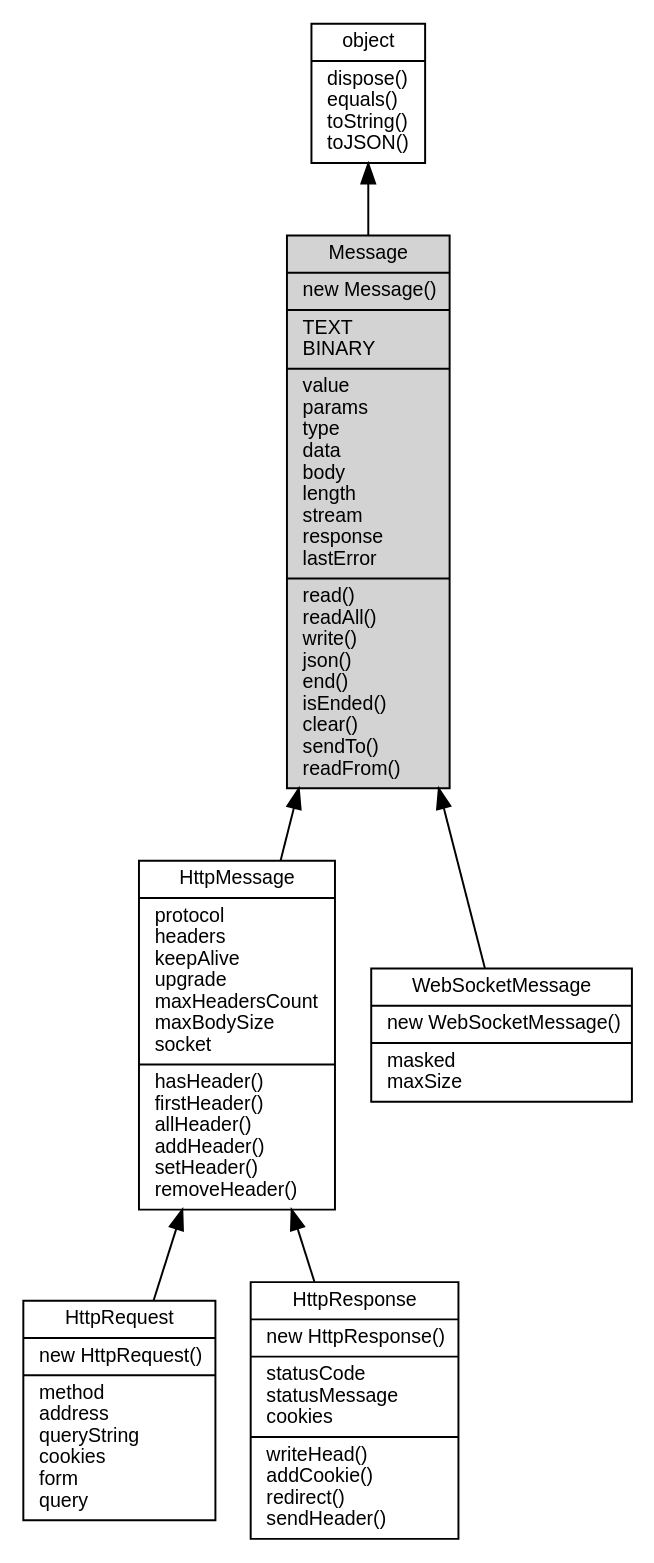
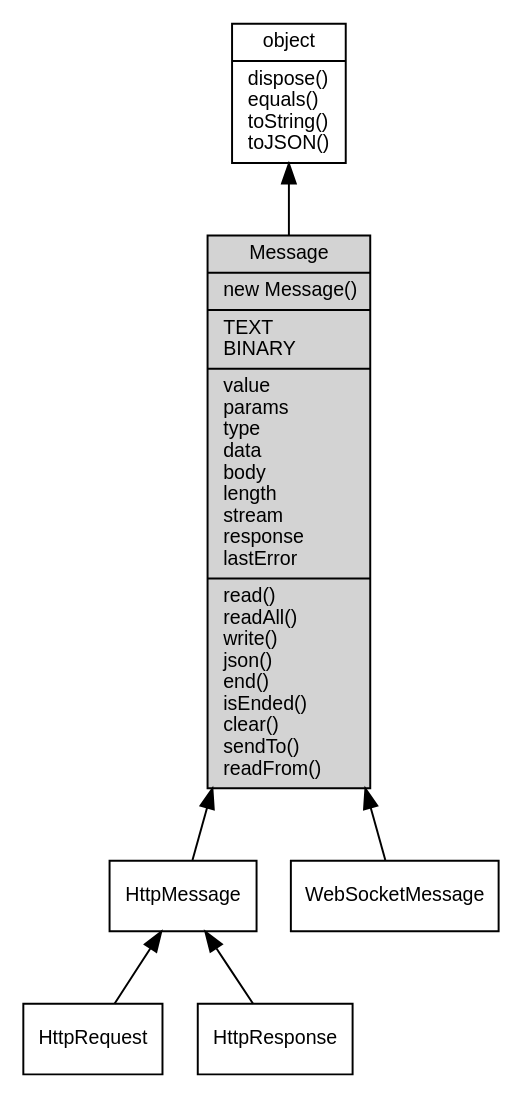
The diagram in docs/manual/object/ifs/Message.md (fibjs/fibjs.org), drawn with Graphviz before and after one commit. The commit also changed 289 other files, not shown here.

````diff
--- a/docs/manual/object/ifs/Message.md
+++ b/docs/manual/object/ifs/Message.md
@@ -12,18 +12,18 @@
 ```dot
 digraph {
     node [fontname="Helvetica,sans-Serif", fontsize=10, shape="record", style="filled", fillcolor="white"];
 
     object [tooltip="object", URL="object.md", label="{object|dispose()\lequals()\ltoString()\ltoJSON()\l}"];
-    Message [tooltip="Message", fillcolor="lightgray", label="{Message|new Message()\l|TEXT\lBINARY\l|value\lparams\ltype\ldata\lbody\llength\lstream\lresponse\llastError\l|read()\lreadAll()\lwrite()\ljson()\lend()\lisEnded()\lclear()\lsendTo()\lreadFrom()\l}"];
-    HttpMessage [tooltip="HttpMessage", URL="HttpMessage.md", label="{HttpMessage|protocol\lheaders\lkeepAlive\lupgrade\lmaxHeadersCount\lmaxBodySize\lsocket\l|hasHeader()\lfirstHeader()\lallHeader()\laddHeader()\lsetHeader()\lremoveHeader()\l}"];
-    HttpRequest [tooltip="HttpRequest", URL="HttpRequest.md", label="{HttpRequest|new HttpRequest()\l|method\laddress\lqueryString\lcookies\lform\lquery\l}"];
-    HttpResponse [tooltip="HttpResponse", URL="HttpResponse.md", label="{HttpResponse|new HttpResponse()\l|statusCode\lstatusMessage\lcookies\l|writeHead()\laddCookie()\lredirect()\lsendHeader()\l}"];
-    WebSocketMessage [tooltip="WebSocketMessage", URL="WebSocketMessage.md", label="{WebSocketMessage|new WebSocketMessage()\l|masked\lmaxSize\l}"];
+    Message [tooltip="Message", fillcolor="lightgray", id="me", label="{Message|new Message()\l|TEXT\lBINARY\l|value\lparams\ltype\ldata\lbody\llength\lstream\lresponse\llastError\l|read()\lreadAll()\lwrite()\ljson()\lend()\lisEnded()\lclear()\lsendTo()\lreadFrom()\l}"];
+    HttpMessage [tooltip="HttpMessage", URL="HttpMessage.md", label="{HttpMessage}"];
+    HttpRequest [tooltip="HttpRequest", URL="HttpRequest.md", label="{HttpRequest}"];
+    HttpResponse [tooltip="HttpResponse", URL="HttpResponse.md", label="{HttpResponse}"];
+    WebSocketMessage [tooltip="WebSocketMessage", URL="WebSocketMessage.md", label="{WebSocketMessage}"];
 
     object -> Message [dir=back];
     Message -> HttpMessage [dir=back];
     HttpMessage -> HttpRequest [dir=back];
     HttpMessage -> HttpResponse [dir=back];
     Message -> WebSocketMessage [dir=back];
 }
 ```
````
